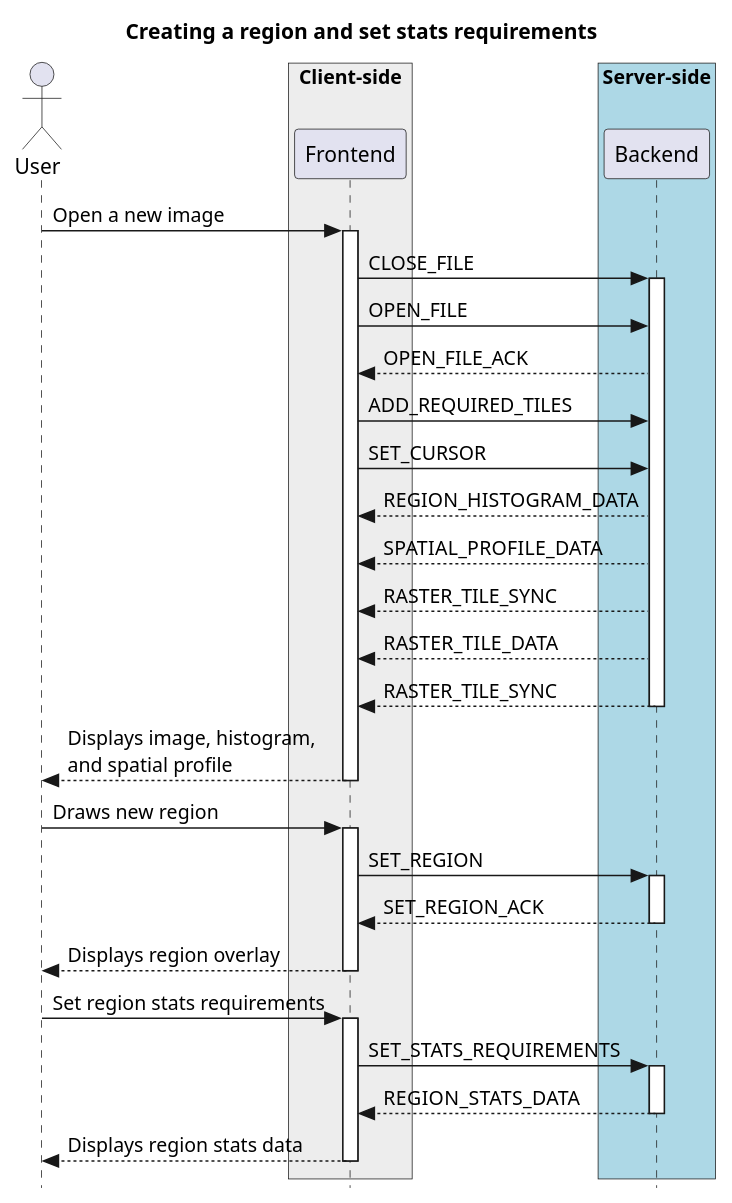
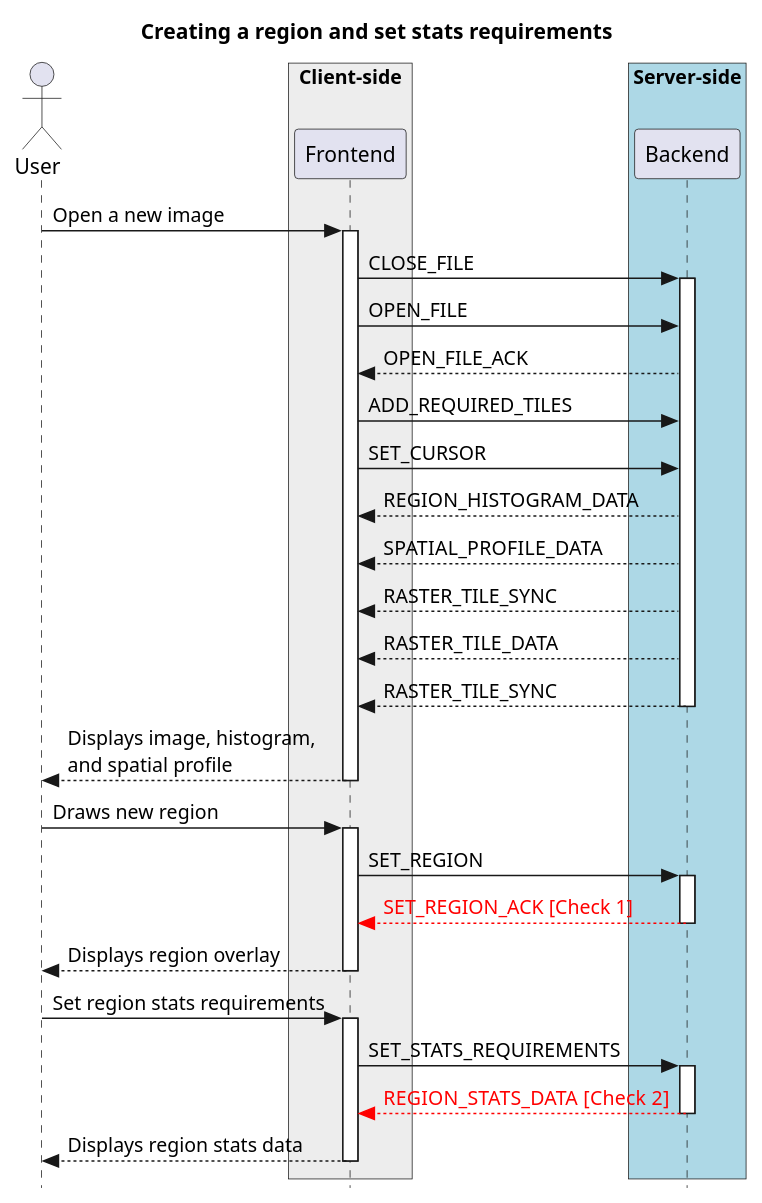
The diagram in docs/source/region_stats.rst (CARTAvis/ICD-RxJS), drawn with PlantUML before and after one commit. The commit also changed other lines of this file and 3 other files, not shown here.

```diff
--- a/docs/source/region_stats.rst
+++ b/docs/source/region_stats.rst
@@ -4,50 +4,50 @@
 .. uml::
 
     skinparam style strictuml
     hide footbox
     title Creating a region and set stats requirements
 
     actor User
 
     box "Client-side" #EDEDED
             participant Frontend
     end box
 
     box "Server-side" #lightblue
         participant Backend
     end box
 
     User -> Frontend: Open a new image
     activate Frontend
     Frontend -> Backend : CLOSE_FILE
     activate Backend
     Frontend -> Backend : OPEN_FILE
     Frontend <-- Backend : OPEN_FILE_ACK
     Frontend -> Backend : ADD_REQUIRED_TILES
     Frontend -> Backend : SET_CURSOR
     Frontend <-- Backend : REGION_HISTOGRAM_DATA
     Frontend <-- Backend : SPATIAL_PROFILE_DATA
     Frontend <-- Backend : RASTER_TILE_SYNC
     Frontend <-- Backend : RASTER_TILE_DATA
     Frontend <-- Backend : RASTER_TILE_SYNC
     deactivate Backend
     User <-- Frontend: Displays image, histogram, \nand spatial profile
     deactivate Frontend
 
     User -> Frontend: Draws new region
     activate Frontend
     Frontend -> Backend : SET_REGION
     activate Backend
-    Frontend <-- Backend : SET_REGION_ACK
+    Frontend <--[#red] Backend : <font color="red">SET_REGION_ACK [Check 1]</font>
     deactivate Backend
     User <-- Frontend: Displays region overlay
     deactivate Frontend
 
     User -> Frontend: Set region stats requirements
     activate Frontend
     Frontend -> Backend : SET_STATS_REQUIREMENTS
     activate Backend
-    Frontend <-- Backend : REGION_STATS_DATA
+    Frontend <--[#red] Backend : <font color="red">REGION_STATS_DATA [Check 2]</font>
     deactivate Backend
     User <-- Frontend: Displays region stats data
     deactivate Frontend
```
